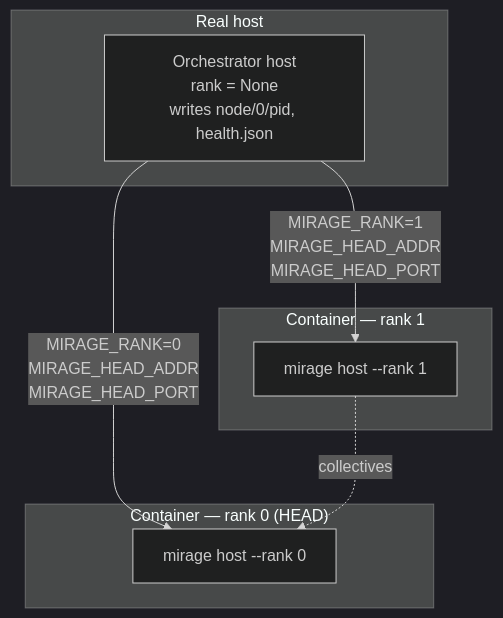
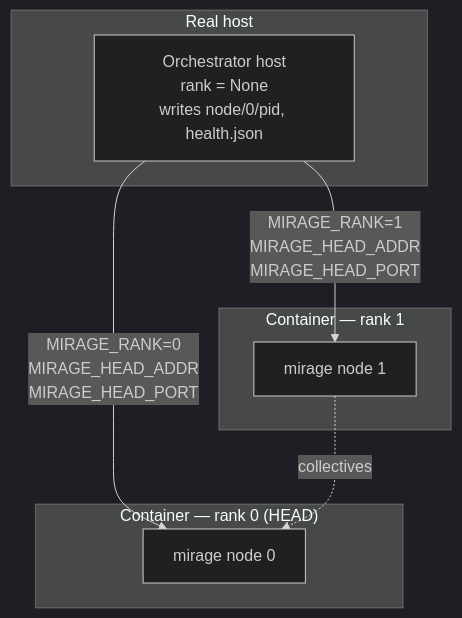
One commit to ROCm/rocm-systems changed diagram 12 of 15 in emulation/mirage/docs/demo-debugging-at-scale.md. Above: the diagram before and after it, drawn with Mermaid (dark theme). The commit also changed other lines of this file and 7 other files, not shown here.

````diff
--- a/emulation/mirage/docs/demo-debugging-at-scale.md
+++ b/emulation/mirage/docs/demo-debugging-at-scale.md
@@ -414,15 +415,15 @@
 ```mermaid
 flowchart TB
     subgraph real["Real host"]
       ORCH["Orchestrator host<br/>rank = None<br/>writes node/0/pid, health.json"]
     end
     subgraph c0["Container — rank 0 (HEAD)"]
-      H0["mirage host --rank 0"]
+      H0["mirage node 0"]
     end
     subgraph c1["Container — rank 1"]
-      H1["mirage host --rank 1"]
+      H1["mirage node 1"]
     end
     ORCH -->|"MIRAGE_RANK=0<br/>MIRAGE_HEAD_ADDR<br/>MIRAGE_HEAD_PORT"| H0
     ORCH -->|"MIRAGE_RANK=1<br/>MIRAGE_HEAD_ADDR<br/>MIRAGE_HEAD_PORT"| H1
     H1 -.->|collectives| H0
 ```
````
